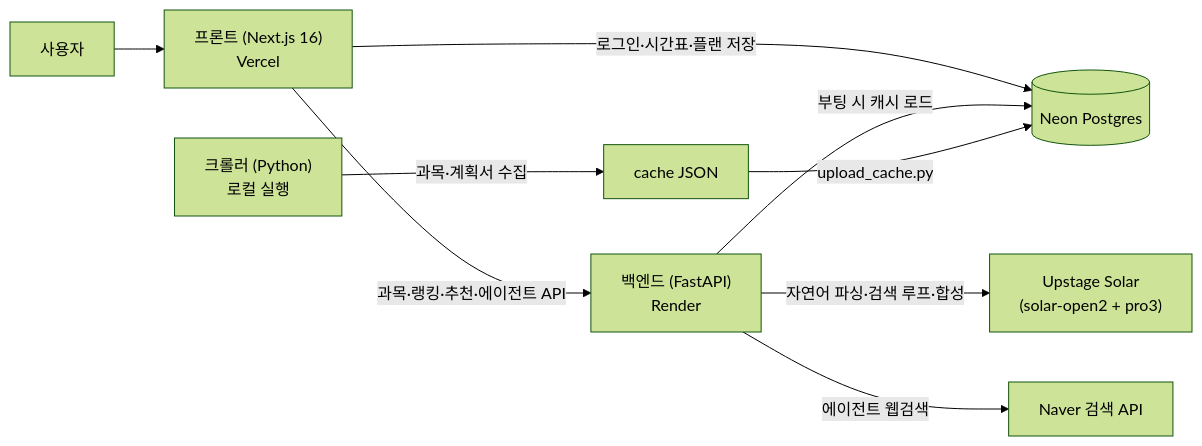
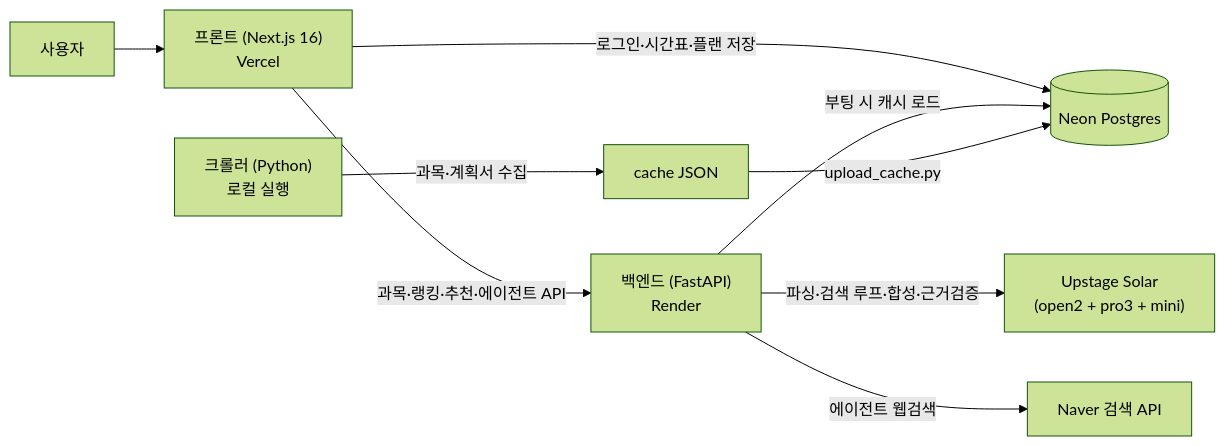
The diagram in README.md (IM5K58/SyllaFit), drawn with Mermaid (forest theme) before and after one commit. The commit also changed other lines of this file, not shown here.

````diff
--- a/README.md
+++ b/README.md
@@ -34,11 +37,11 @@
 ```mermaid
 flowchart LR
     U[사용자] --> FE["프론트 (Next.js 16)<br/>Vercel"]
     FE -->|과목·랭킹·추천·에이전트 API| BE["백엔드 (FastAPI)<br/>Render"]
     FE -->|로그인·시간표·플랜 저장| DB[("Neon Postgres")]
     BE -->|부팅 시 캐시 로드| DB
-    BE -->|자연어 파싱·검색 루프·합성| SOLAR["Upstage Solar<br/>(solar-open2 + pro3)"]
+    BE -->|파싱·검색 루프·합성·근거검증| SOLAR["Upstage Solar<br/>(open2 + pro3 + mini)"]
     BE -->|에이전트 웹검색| NAVER["Naver 검색 API"]
     CR["크롤러 (Python)<br/>로컬 실행"] -->|과목·계획서 수집| CACHE["cache JSON"]
     CACHE -->|upload_cache.py| DB
 ```
````
